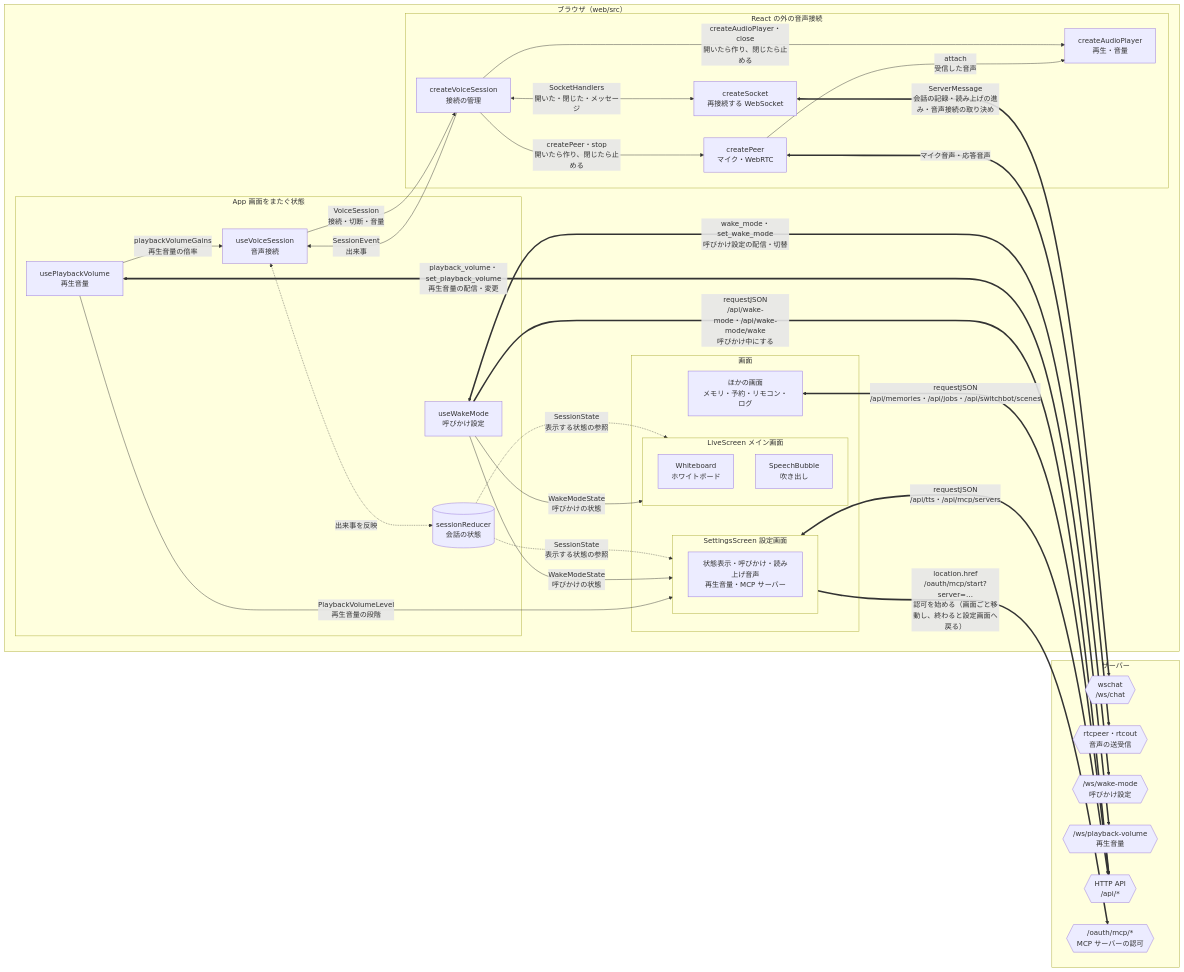
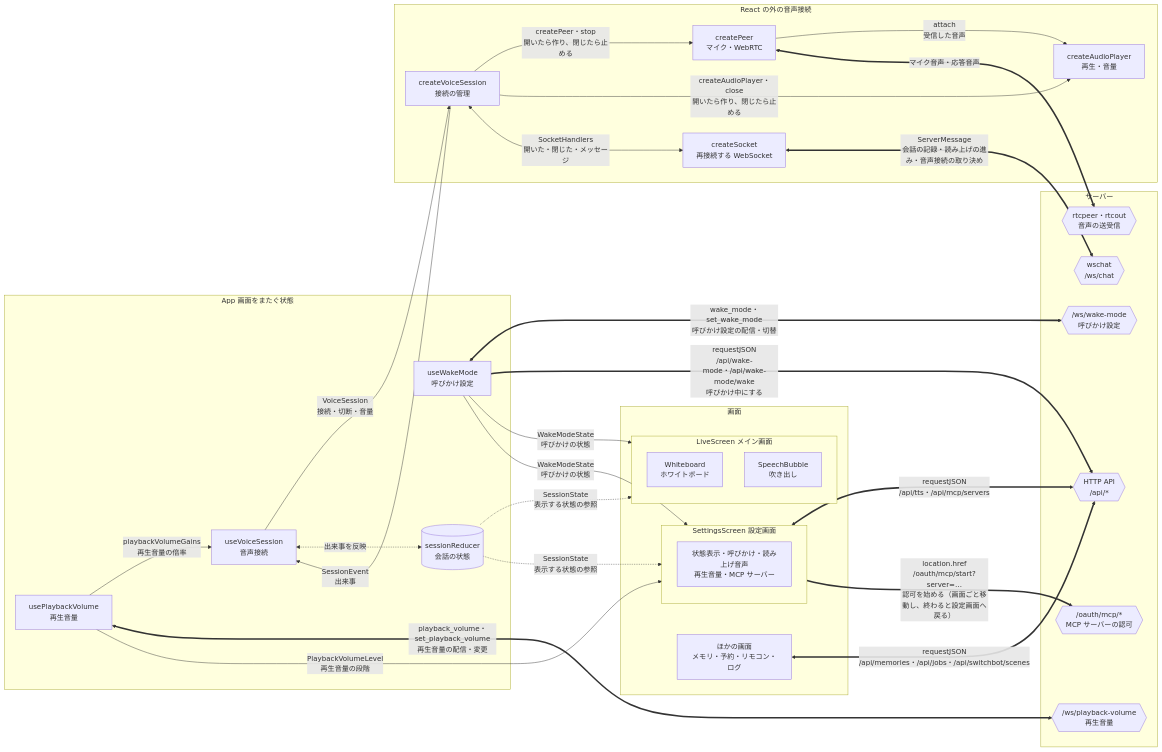
Before and after one commit to tetetratra/smart-speaker: the fourth of 4 diagrams in README.md, drawn with Mermaid.

Commit message:
README の画面の図で、自明なブラウザ（web/src）の囲みを外す

````diff
--- a/README.md
+++ b/README.md
@@ -246,57 +246,55 @@
 ```mermaid
 flowchart LR
-    subgraph web["ブラウザ（web/src）"]
-        subgraph app["App 画面をまたぐ状態"]
-            voice["useVoiceSession<br/>音声接続"]
-            wake["useWakeMode<br/>呼びかけ設定"]
-            volume["usePlaybackVolume<br/>再生音量"]
-            state[("sessionReducer<br/>会話の状態")]
+    subgraph app["App 画面をまたぐ状態"]
+        voice["useVoiceSession<br/>音声接続"]
+        wake["useWakeMode<br/>呼びかけ設定"]
+        volume["usePlaybackVolume<br/>再生音量"]
+        state[("sessionReducer<br/>会話の状態")]
+    end
+    subgraph io["React の外の音声接続"]
+        session["createVoiceSession<br/>接続の管理"]
+        socket["createSocket<br/>再接続する WebSocket"]
+        peer["createPeer<br/>マイク・WebRTC"]
+        player["createAudioPlayer<br/>再生・音量"]
+    end
+    subgraph screens["画面"]
+        subgraph live["LiveScreen メイン画面"]
+            whiteboard["Whiteboard<br/>ホワイトボード"]
+            bubble["SpeechBubble<br/>吹き出し"]
         end
-        subgraph io["React の外の音声接続"]
-            session["createVoiceSession<br/>接続の管理"]
-            socket["createSocket<br/>再接続する WebSocket"]
-            peer["createPeer<br/>マイク・WebRTC"]
-            player["createAudioPlayer<br/>再生・音量"]
+        subgraph settings["SettingsScreen 設定画面"]
+            parts["状態表示・呼びかけ・読み上げ音声<br/>再生音量・MCP サーバー"]
         end
-        subgraph screens["画面"]
-            subgraph live["LiveScreen メイン画面"]
-                whiteboard["Whiteboard<br/>ホワイトボード"]
-                bubble["SpeechBubble<br/>吹き出し"]
-            end
-            subgraph settings["SettingsScreen 設定画面"]
-                parts["状態表示・呼びかけ・読み上げ音声<br/>再生音量・MCP サーバー"]
-            end
-            pages["ほかの画面<br/>メモリ・予約・リモコン・ログ"]
-        end
+        pages["ほかの画面<br/>メモリ・予約・リモコン・ログ"]
     end
 
     subgraph server["サーバー"]
         chat{{"wschat<br/>/ws/chat"}}
         rtc{{"rtcpeer・rtcout<br/>音声の送受信"}}
         wsWake{{"/ws/wake-mode<br/>呼びかけ設定"}}
         wsVolume{{"/ws/playback-volume<br/>再生音量"}}
         httpAPI{{"HTTP API<br/>/api/*"}}
         oauthMCP{{"/oauth/mcp/*<br/>MCP サーバーの認可"}}
     end
 
     voice -->|"VoiceSession<br/>接続・切断・音量"| session
     session -->|"SessionEvent<br/>出来事"| voice
     session -->|"createPeer・stop<br/>開いたら作り、閉じたら止める"| peer
     session -->|"createAudioPlayer・close<br/>開いたら作り、閉じたら止める"| player
     session <-->|"SocketHandlers<br/>開いた・閉じた・メッセージ"| socket
     peer -->|"attach<br/>受信した音声"| player
     voice <-.->|"出来事を反映"| state
     state -.->|"SessionState<br/>表示する状態の参照"| live & settings
     wake -->|"WakeModeState<br/>呼びかけの状態"| live & settings
     volume -->|"PlaybackVolumeLevel<br/>再生音量の段階"| settings
     volume -->|"playbackVolumeGains<br/>再生音量の倍率"| voice
 
     socket <==>|"ServerMessage<br/>会話の記録・読み上げの進み・音声接続の取り決め"| chat
     peer <==>|"マイク音声・応答音声"| rtc
     wake <==>|"wake_mode・set_wake_mode<br/>呼びかけ設定の配信・切替"| wsWake
     wake ==>|"requestJSON<br/>/api/wake-mode・/api/wake-mode/wake<br/>呼びかけ中にする"| httpAPI
     volume <==>|"playback_volume・set_playback_volume<br/>再生音量の配信・変更"| wsVolume
     settings <==>|"requestJSON<br/>/api/tts・/api/mcp/servers"| httpAPI
     settings ==>|"location.href<br/>/oauth/mcp/start?server=…<br/>認可を始める（画面ごと移動し、終わると設定画面へ戻る）"| oauthMCP
     pages <==>|"requestJSON<br/>/api/memories・/api/jobs・/api/switchbot/scenes"| httpAPI
 ```
````
